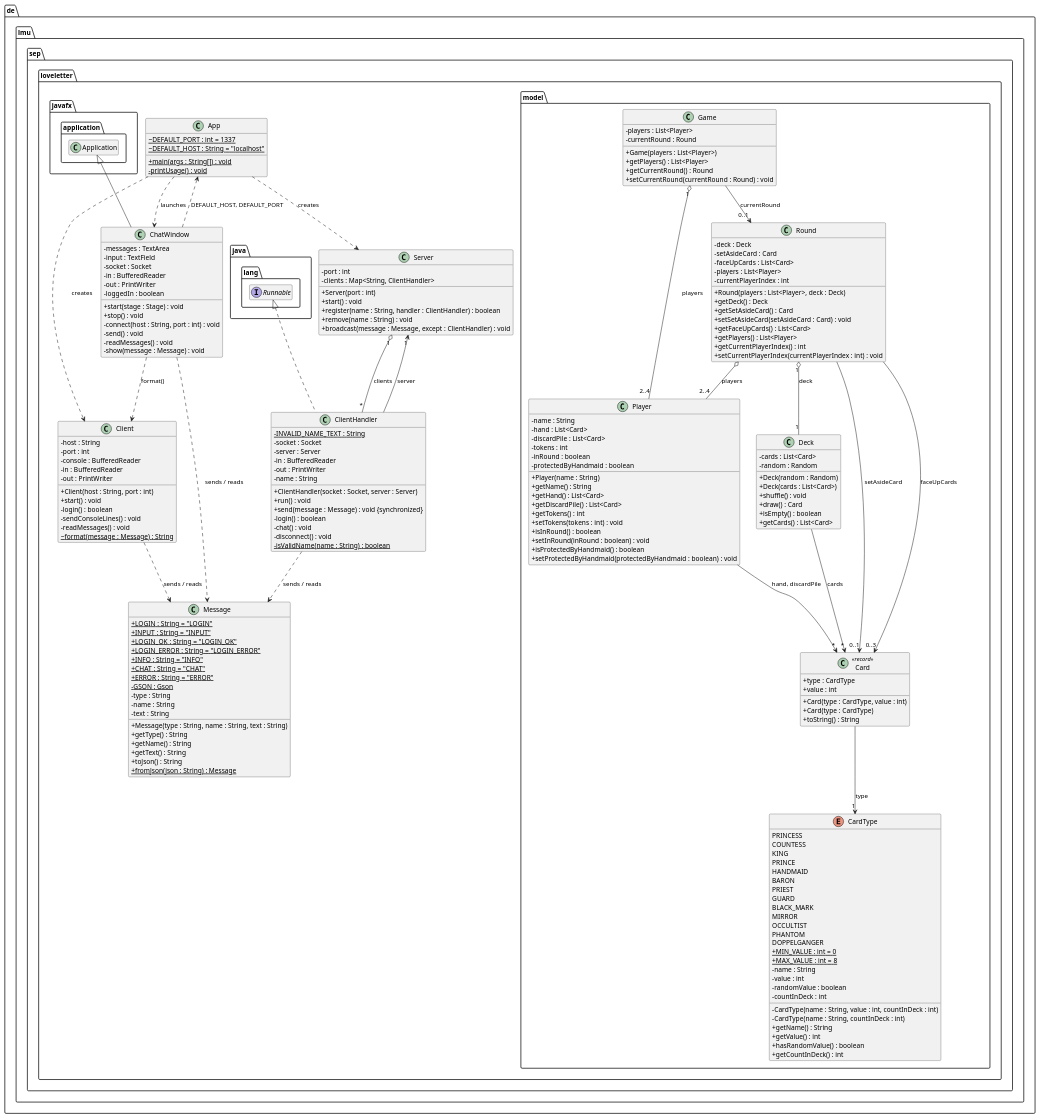
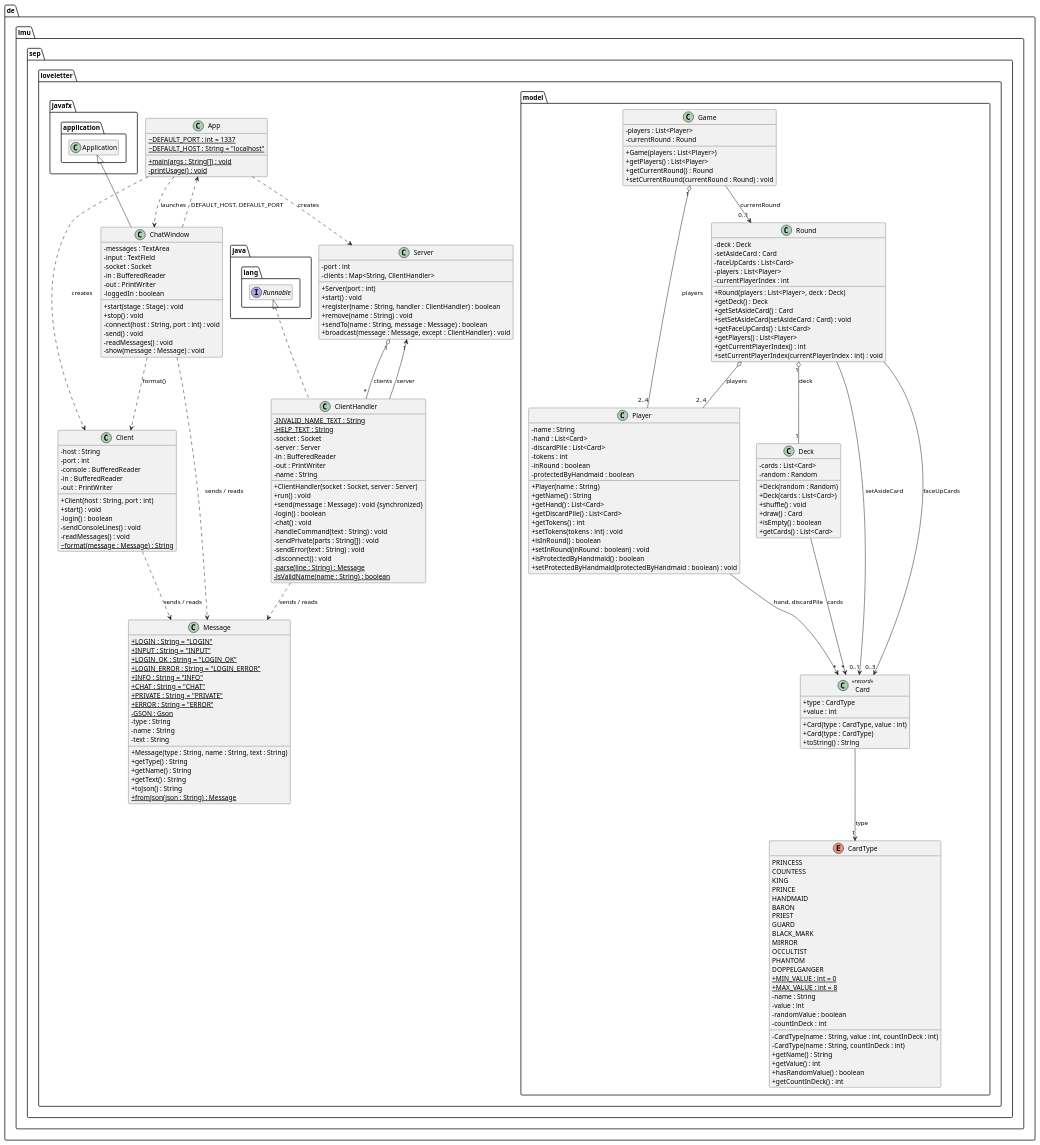
The diagram in uml/classes.puml (daithangngo/SEP-LoveLetter), drawn with PlantUML before and after one commit. The commit also changed 3 other files, not shown here.

Commit message:
docs: document commands and PRIVATE message in README and UML

```diff
--- a/uml/classes.puml
+++ b/uml/classes.puml
@@ -19,11 +19,13 @@
     + start() : void
     + register(name : String, handler : ClientHandler) : boolean
     + remove(name : String) : void
+    + sendTo(name : String, message : Message) : boolean
     + broadcast(message : Message, except : ClientHandler) : void
   }
 
   class ClientHandler implements java.lang.Runnable {
     - {static} INVALID_NAME_TEXT : String
+    - {static} HELP_TEXT : String
     - socket : Socket
     - server : Server
     - in : BufferedReader
@@ -34,7 +36,11 @@
     + send(message : Message) : void {synchronized}
     - login() : boolean
     - chat() : void
+    - handleCommand(text : String) : void
+    - sendPrivate(parts : String[]) : void
+    - sendError(text : String) : void
     - disconnect() : void
+    - {static} parse(line : String) : Message
     - {static} isValidName(name : String) : boolean
   }
 
@@ -74,6 +80,7 @@
     + {static} LOGIN_ERROR : String = "LOGIN_ERROR"
     + {static} INFO : String = "INFO"
     + {static} CHAT : String = "CHAT"
+    + {static} PRIVATE : String = "PRIVATE"
     + {static} ERROR : String = "ERROR"
     - {static} GSON : Gson
     - type : String
```
